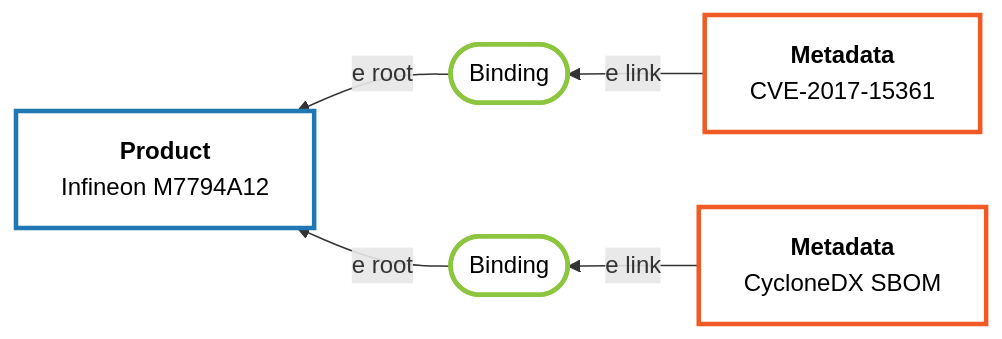
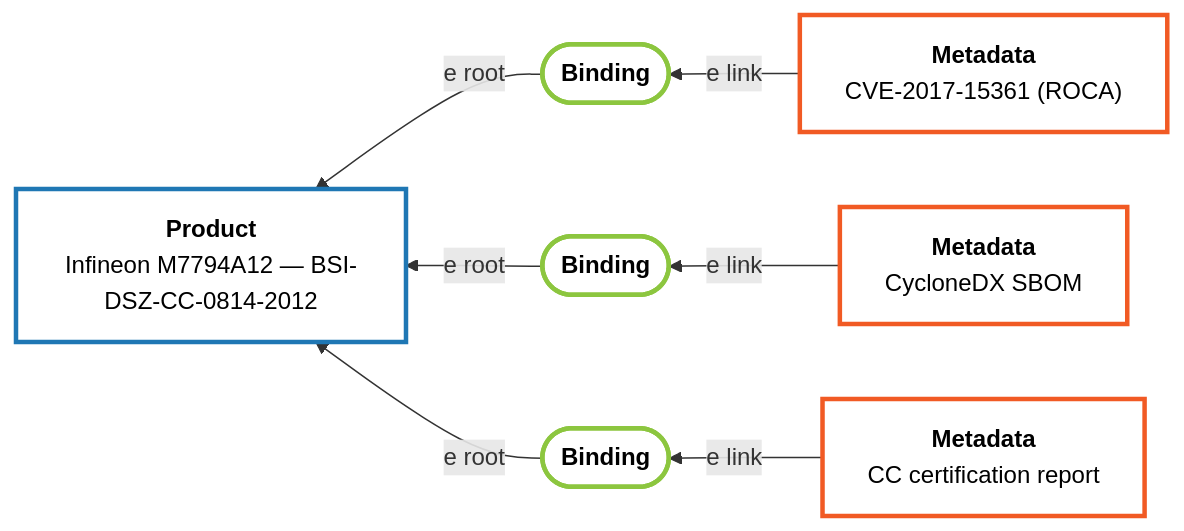
The diagram in docs/protocol-spec.md (crocs-muni/scrutiny-fabric), drawn with Mermaid before and after one commit.

Commit message:
docs(spec): sync the §4 event-type diagram with the README's markdown-label version

````diff
--- a/docs/protocol-spec.md
+++ b/docs/protocol-spec.md
@@ -145,18 +145,32 @@
 ```mermaid
 graph RL
-    P[<b>Product</b><br/>Infineon M7794A12]:::product
-    M1[<b>Metadata</b><br/>CVE-2017-15361]:::metadata
-    M2[<b>Metadata</b><br/>CycloneDX SBOM]:::metadata
+    P["`**Product**
 
-    B1([Binding]):::binding
-    B2([Binding]):::binding
+Infineon M7794A12 — BSI-DSZ-CC-0814-2012`"]:::product
+
+    B1(["`**Binding**`"]):::binding
+    B2(["`**Binding**`"]):::binding
+    B3(["`**Binding**`"]):::binding
+
+    M1["`**Metadata**
+
+CVE-2017-15361 (ROCA)`"]:::metadata
+    M2["`**Metadata**
+
+CycloneDX SBOM`"]:::metadata
+    M3["`**Metadata**
+
+CC certification report`"]:::metadata
 
     B1 -->|e root| P
     B2 -->|e root| P
+    B3 -->|e root| P
+
     M1 -->|e link| B1
     M2 -->|e link| B2
+    M3 -->|e link| B3
 
     classDef product fill:#fff,stroke:#1f77b4,stroke-width:3px,color:#000
     classDef binding fill:#fff,stroke:#8cc63f,stroke-width:3px,color:#000
     classDef metadata fill:#fff,stroke:#f15a24,stroke-width:3px,color:#000
 ```
````
